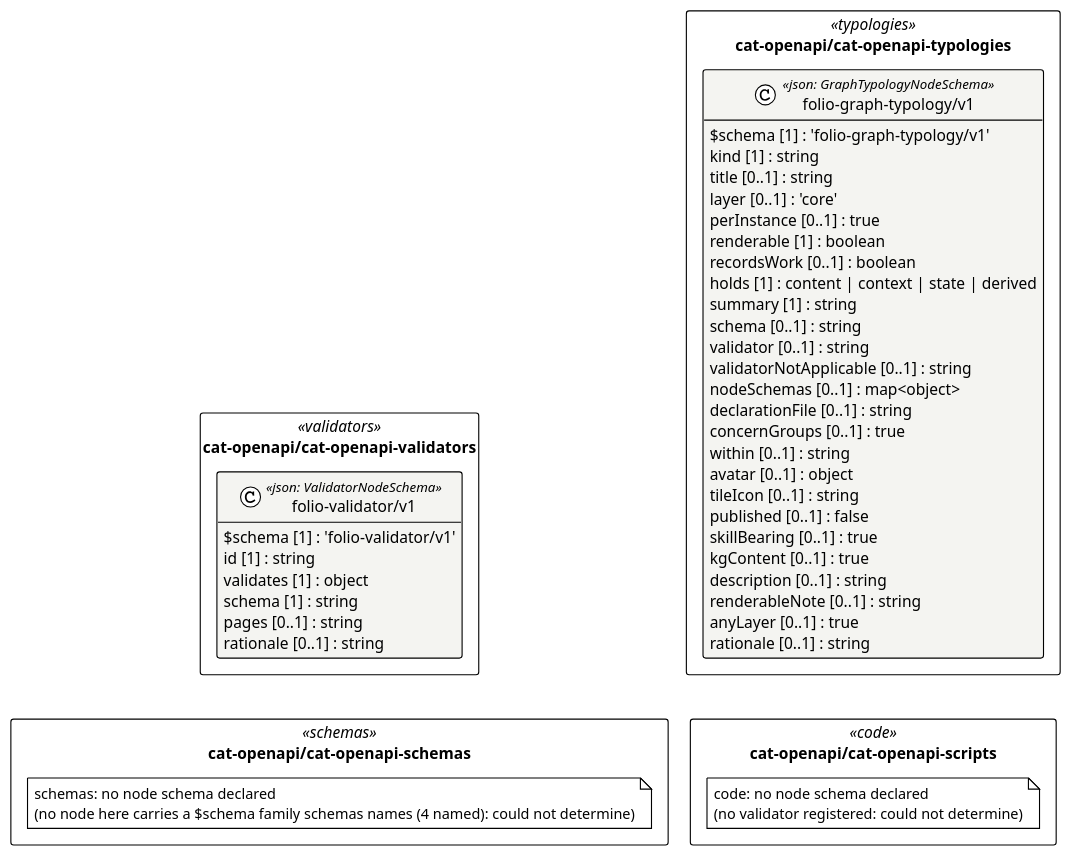
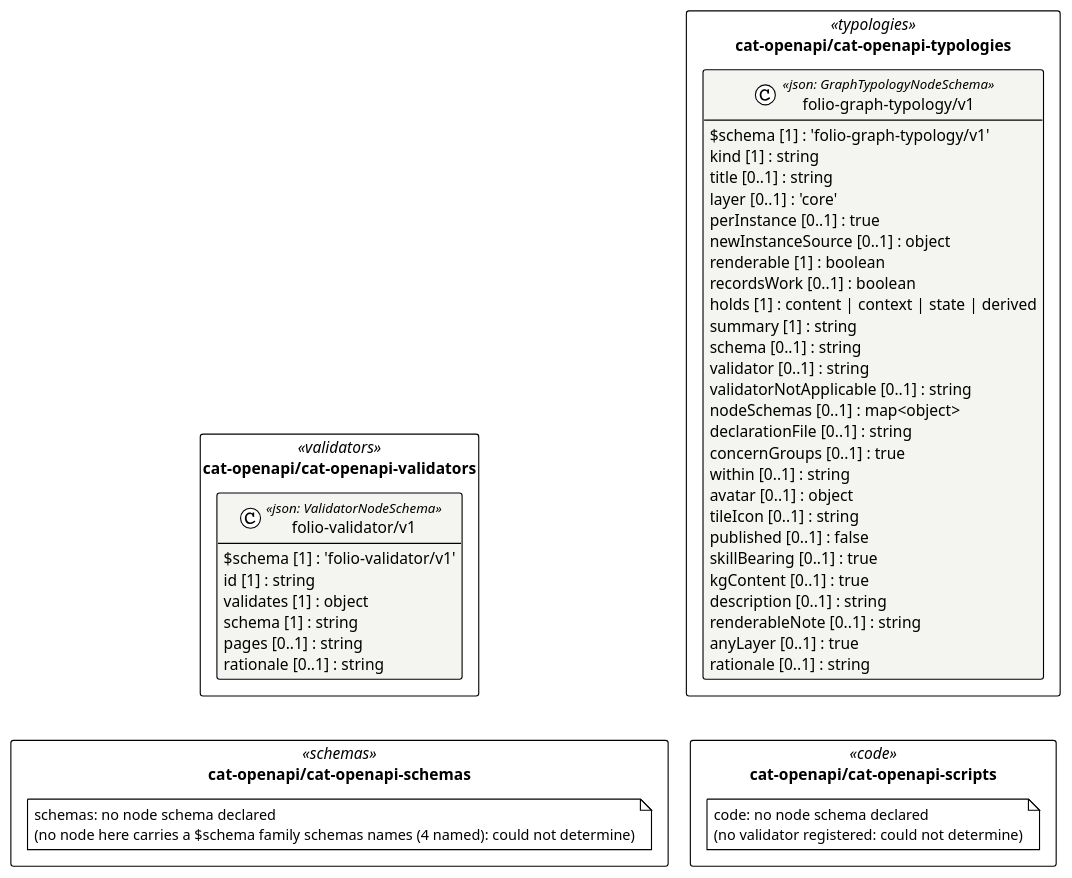
One commit to litlfred/folio-assistant changed the diagram in cat-harness/uml/overview/cat-openapi.puml. Above: the diagram before and after it, drawn with PlantUML. The commit also changed 86 other files, not shown here.

```diff
--- a/cat-harness/uml/overview/cat-openapi.puml
+++ b/cat-harness/uml/overview/cat-openapi.puml
@@ -3,58 +3,59 @@
 @startuml cat_openapi
 !pragma layout elk
 !theme plain
 skinparam classAttributeIconSize 0
 skinparam shadowing false
 skinparam packageStyle rectangle
 hide empty methods
 
 package "cat-openapi/cat-openapi-validators" as pkg_cat_openapi_cat_openapi_validators <<validators>> {
   class "folio-validator/v1" as cat_openapi_cat_openapi_validators_folio_validator_v1_folio_validator_v1 <<json: ValidatorNodeSchema>> #f4f4f1 {
     $schema [1] : 'folio-validator/v1'
     id [1] : string
     validates [1] : object
     schema [1] : string
     pages [0..1] : string
     rationale [0..1] : string
   }
 }
 package "cat-openapi/cat-openapi-typologies" as pkg_cat_openapi_cat_openapi_typologies <<typologies>> {
   class "folio-graph-typology/v1" as cat_openapi_cat_openapi_typologies_folio_graph_typology_v1_folio_graph_typology_v1 <<json: GraphTypologyNodeSchema>> #f4f4f1 {
     $schema [1] : 'folio-graph-typology/v1'
     kind [1] : string
     title [0..1] : string
     layer [0..1] : 'core'
     perInstance [0..1] : true
+    newInstanceSource [0..1] : object
     renderable [1] : boolean
     recordsWork [0..1] : boolean
     holds [1] : content | context | state | derived
     summary [1] : string
     schema [0..1] : string
     validator [0..1] : string
     validatorNotApplicable [0..1] : string
     nodeSchemas [0..1] : map<object>
     declarationFile [0..1] : string
     concernGroups [0..1] : true
     within [0..1] : string
     avatar [0..1] : object
     tileIcon [0..1] : string
     published [0..1] : false
     skillBearing [0..1] : true
     kgContent [0..1] : true
     description [0..1] : string
     renderableNote [0..1] : string
     anyLayer [0..1] : true
     rationale [0..1] : string
   }
 }
 package "cat-openapi/cat-openapi-schemas" as pkg_cat_openapi_cat_openapi_schemas <<schemas>> {
   note "schemas: no node schema declared\n(no node here carries a $schema family schemas names (4 named): could not determine)" as n_cat_openapi_cat_openapi_schemas_schemas
 }
 package "cat-openapi/cat-openapi-scripts" as pkg_cat_openapi_cat_openapi_scripts <<code>> {
   note "code: no node schema declared\n(no validator registered: could not determine)" as n_cat_openapi_cat_openapi_scripts_code
 }
 
 ' grid: portrait, 2 column(s) — pkg_cat_openapi_cat_openapi_validators pkg_cat_openapi_cat_openapi_typologies pkg_cat_openapi_cat_openapi_schemas pkg_cat_openapi_cat_openapi_scripts
 pkg_cat_openapi_cat_openapi_validators -[hidden]down- pkg_cat_openapi_cat_openapi_schemas
 pkg_cat_openapi_cat_openapi_typologies -[hidden]down- pkg_cat_openapi_cat_openapi_scripts
 @enduml
```
